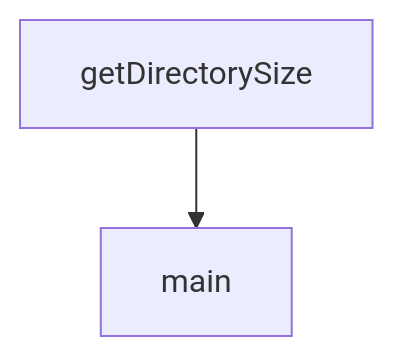
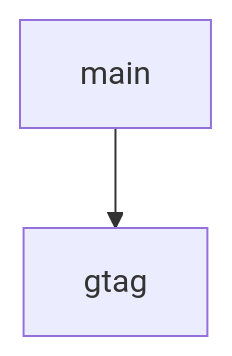
The diagram in tutorials/refly-tutorial/03-workflow-construction-and-deterministic-runtime.md (johnxie/awesome-code-docs), drawn with Mermaid before and after one commit. The commit also changed other lines of this file and 1232 other files, not shown here.

````diff
--- a/tutorials/refly-tutorial/03-workflow-construction-and-deterministic-runtime.md
+++ b/tutorials/refly-tutorial/03-workflow-construction-and-deterministic-runtime.md
@@ -141,6 +118,6 @@
 ```mermaid
 flowchart TD
-    A[getDirectorySize]
-    B[main]
+    A[main]
+    B[gtag]
     A --> B
 ```
````
